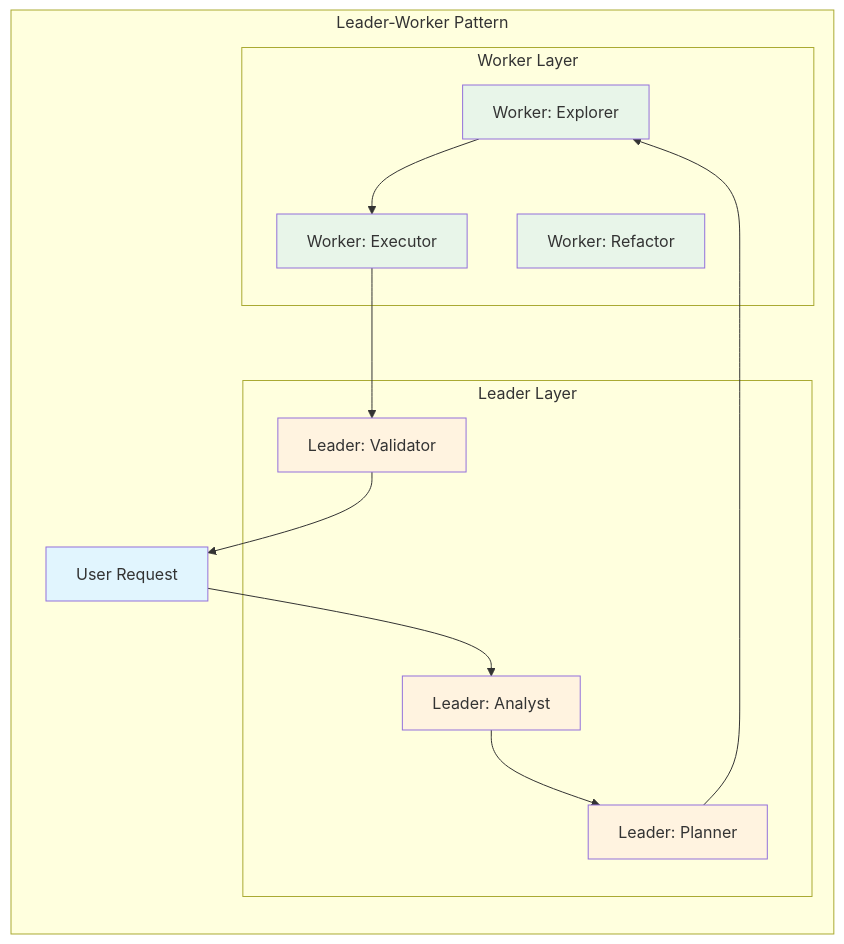
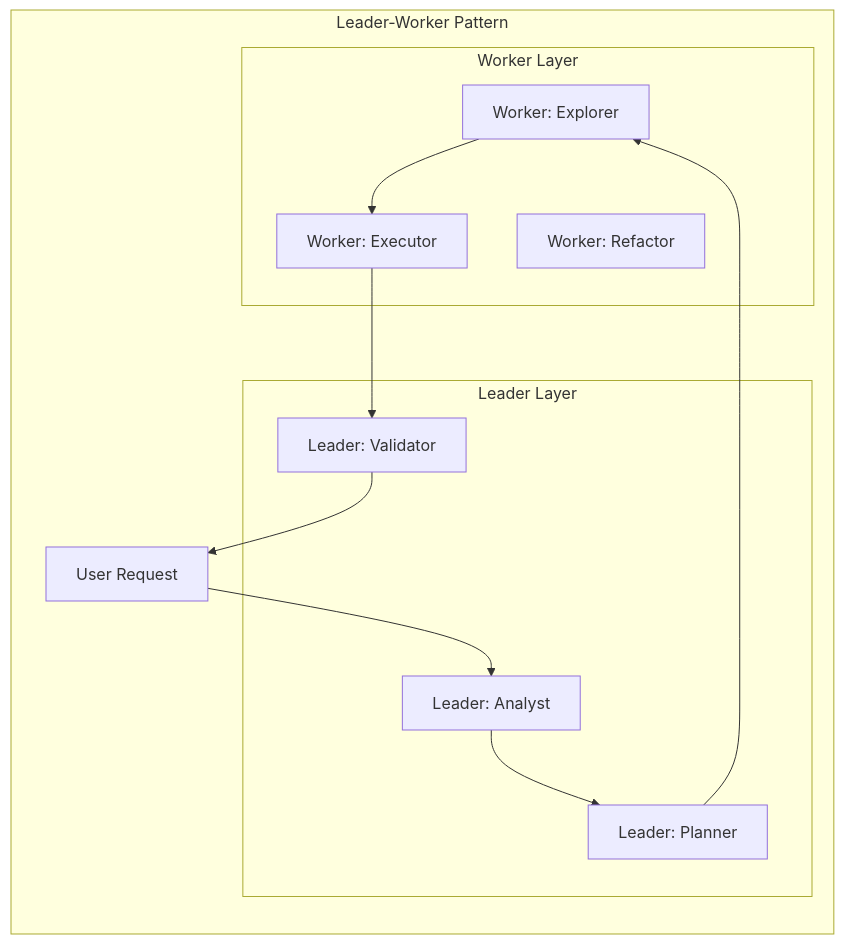
The first of 6 diagrams in 09-advanced-en.md (yuexiaoliang/prompt-engineering-learning), drawn with Mermaid before and after one commit. The commit also changed other lines of this file and 9 other files, not shown here.

First line of the commit message:
fix(prompt-engineering): remove hardcoded mermaid fill styles for theme auto-adaptation

````diff
--- a/09-advanced-en.md
+++ b/09-advanced-en.md
@@ -38,35 +38,28 @@
 ```mermaid
 flowchart TB
     subgraph "Leader-Worker Pattern"
         direction TB
         
         USER[User Request]
         
         subgraph "Leader Layer"
             L1[Leader: Analyst]
             L2[Leader: Planner]
             L3[Leader: Validator]
         end
         
         subgraph "Worker Layer"
             W1[Worker: Explorer]
             W2[Worker: Executor]
             W3[Worker: Refactor]
         end
         
         USER --> L1
         L1 --> L2
         L2 --> W1
         W1 --> W2
         W2 --> L3
         L3 --> USER
     end
     
-    style USER fill:#e1f5fe
-    style L1 fill:#fff3e0
-    style L2 fill:#fff3e0
-    style L3 fill:#fff3e0
-    style W1 fill:#e8f5e9
-    style W2 fill:#e8f5e9
-    style W3 fill:#e8f5e9
 ```
````
